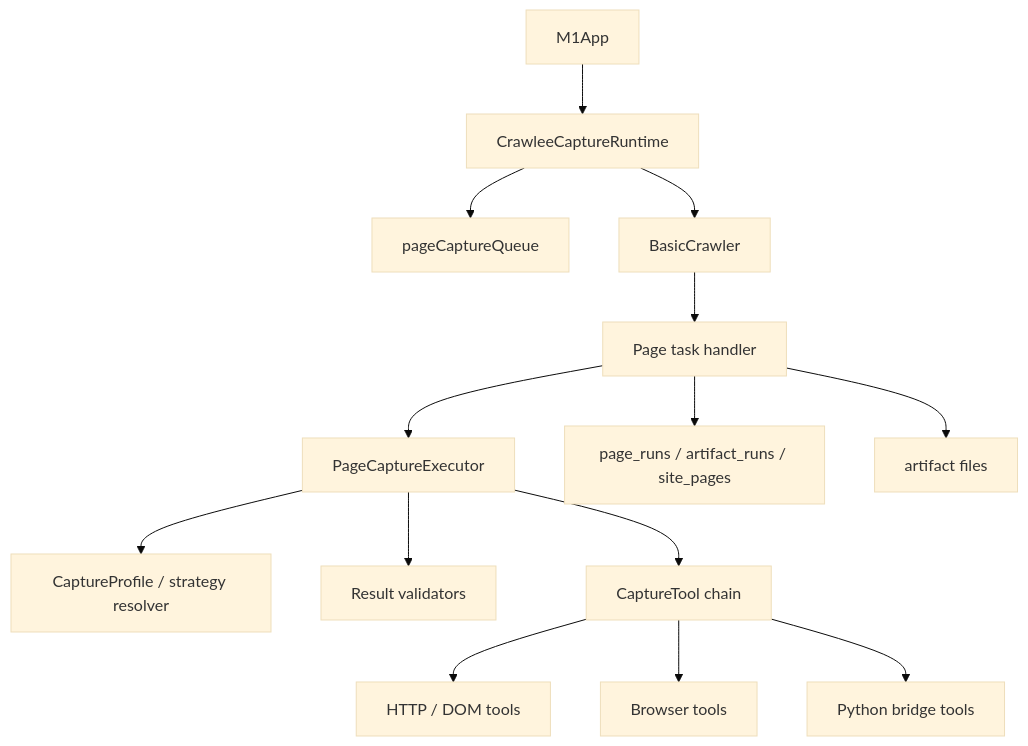
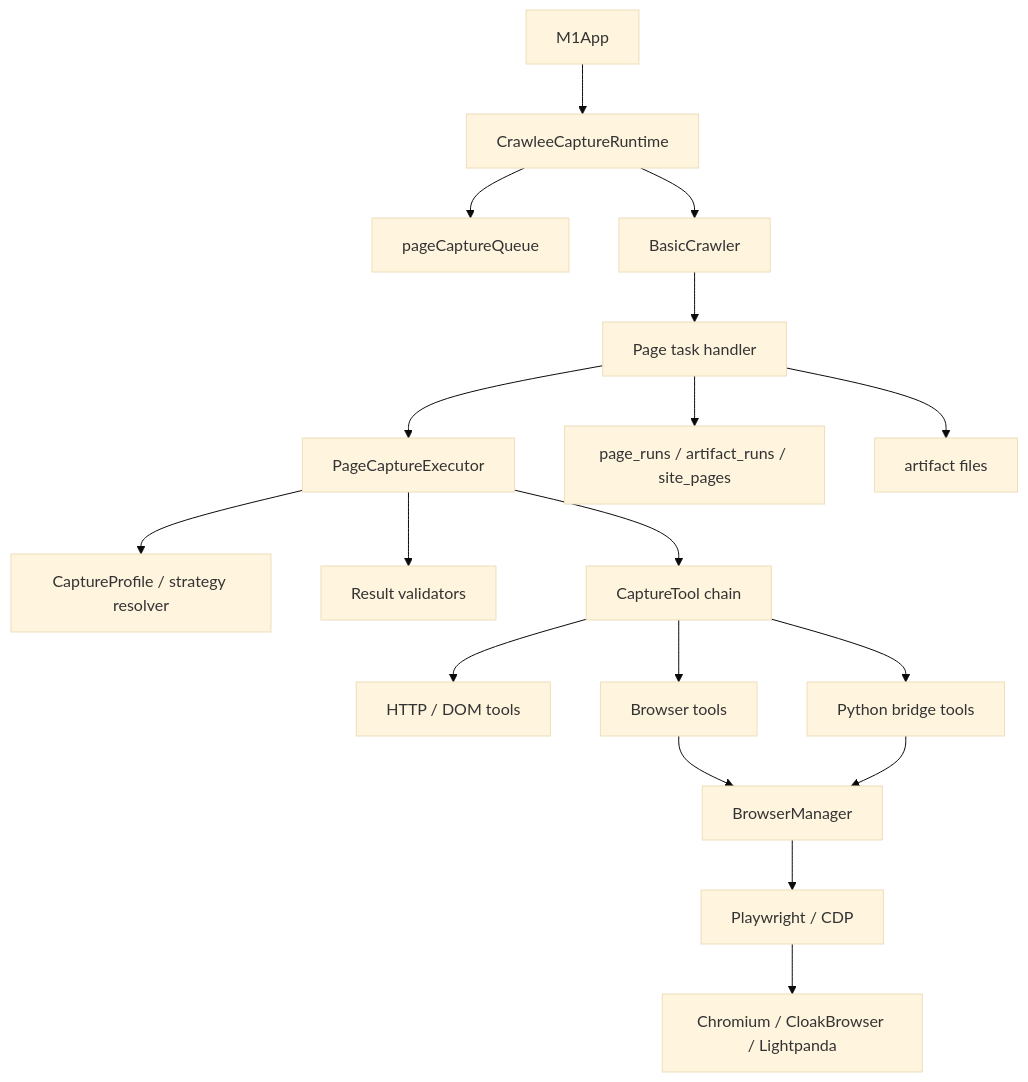
The first of 6 diagrams in docs/m2-tech-design.md (tianzhipeng-git/kvault-web-capture), drawn with Mermaid (base theme) before and after one commit. The commit also changed other lines of this file and 23 other files, not shown here.

````diff
--- a/docs/m2-tech-design.md
+++ b/docs/m2-tech-design.md
@@ -38,16 +48,20 @@
 ```mermaid
 flowchart TD
   APP["M1App"] --> RUNTIME["CrawleeCaptureRuntime"]
   RUNTIME --> QUEUE["pageCaptureQueue"]
   RUNTIME --> BASIC["BasicCrawler"]
   BASIC --> HANDLER["Page task handler"]
   HANDLER --> EXECUTOR["PageCaptureExecutor"]
   EXECUTOR --> RESOLVER["CaptureProfile / strategy resolver"]
   EXECUTOR --> VALIDATOR["Result validators"]
   EXECUTOR --> TOOLS["CaptureTool chain"]
   TOOLS --> HTTP["HTTP / DOM tools"]
   TOOLS --> BROWSER["Browser tools"]
   TOOLS --> PY["Python bridge tools"]
+  BROWSER --> MANAGER["BrowserManager"]
+  PY --> MANAGER
+  MANAGER --> CONTROL["Playwright / CDP"]
+  CONTROL --> ENGINES["Chromium / CloakBrowser / Lightpanda"]
   HANDLER --> DB["page_runs / artifact_runs / site_pages"]
   HANDLER --> ARTIFACTS["artifact files"]
 ```
````
